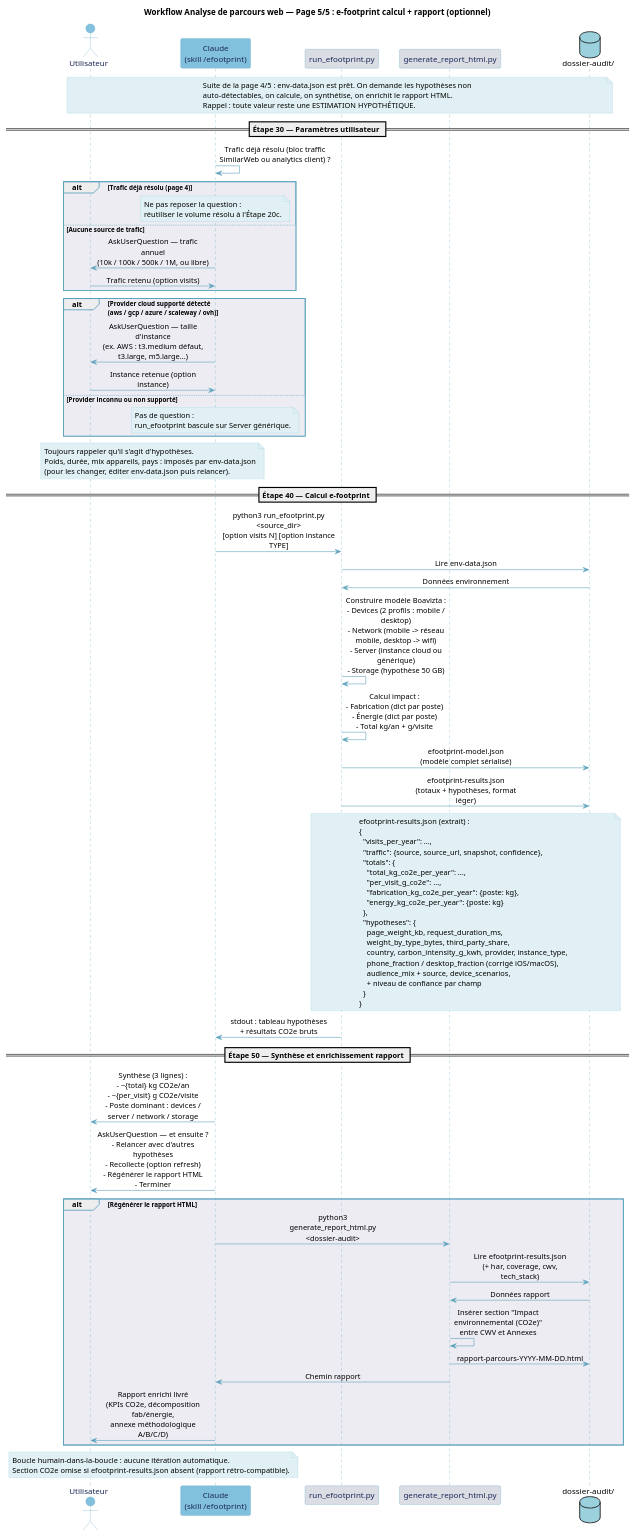
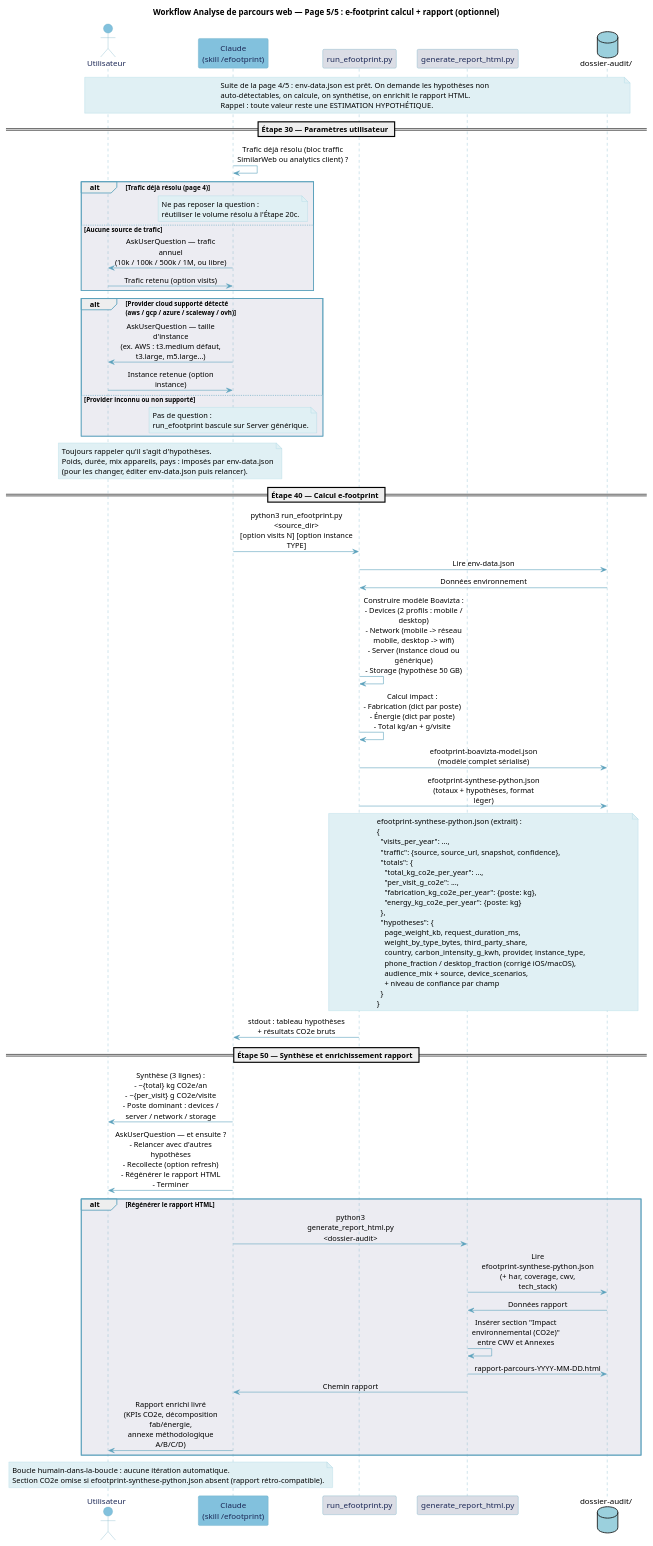
The diagram in documentation/diagramme/analyse-parcours-p5.puml (Boavizta/eroom), drawn with PlantUML before and after one commit. The commit also changed 19 other files, not shown here.

First line of the commit message:
feat(efootprint): diagramme unifie avec hypotheses, synthese CO2e claire, renommage model/results.json

```diff
--- a/documentation/diagramme/analyse-parcours-p5.puml
+++ b/documentation/diagramme/analyse-parcours-p5.puml
@@ -1,119 +1,119 @@
 @startuml analyse-parcours-p5
 title Workflow Analyse de parcours web — Page 5/5 : e-footprint calcul + rapport (optionnel)
 
 skinparam backgroundColor #FFFFFF
 skinparam participant {
   BackgroundColor #E0F0F4
   BorderColor #5BA1BC
   FontColor #1C2856
 }
 skinparam actor {
   BackgroundColor #E0F0F4
   BorderColor #5BA1BC
   FontColor #1C2856
 }
 skinparam ArrowColor #5BA1BC
 skinparam SequenceLifeLineBorderColor #5BA1BC
 skinparam SequenceGroupBodyBackgroundColor #ECECF2
 skinparam SequenceGroupBorderColor #5BA1BC
 skinparam NoteBackgroundColor #E0F0F4
 skinparam NoteBorderColor #9BD0DD
 skinparam sequenceMessageAlign center
 skinparam maxMessageSize 200
 skinparam responseMessageBelowArrow true
 
 actor "Utilisateur" as U #82C1DD
 participant "Claude\n(skill /efootprint)" as C #82C1DD
 participant "run_efootprint.py" as REF #DBDDE5
 participant "generate_report_html.py" as GR #DBDDE5
 database "dossier-audit/" as FS #9BD0DD
 
 note over U, FS
   Suite de la page 4/5 : env-data.json est prêt. On demande les hypothèses non
   auto-détectables, on calcule, on synthétise, on enrichit le rapport HTML.
   Rappel : toute valeur reste une ESTIMATION HYPOTHÉTIQUE.
 end note
 
 == Étape 30 — Paramètres utilisateur ==
 
 C -> C : Trafic déjà résolu (bloc traffic\nSimilarWeb ou analytics client) ?
 
 alt Trafic déjà résolu (page 4)
   note over C : Ne pas reposer la question :\nréutiliser le volume résolu à l'Étape 20c.
 else Aucune source de trafic
   C -> U : AskUserQuestion — trafic annuel\n(10k / 100k / 500k / 1M, ou libre)
   U -> C : Trafic retenu (option visits)
 end
 
 alt Provider cloud supporté détecté\n(aws / gcp / azure / scaleway / ovh)
   C -> U : AskUserQuestion — taille d'instance\n(ex. AWS : t3.medium défaut, t3.large, m5.large...)
   U -> C : Instance retenue (option instance)
 else Provider inconnu ou non supporté
   note over C : Pas de question :\nrun_efootprint bascule sur Server générique.
 end
 
 note over C, U
   Toujours rappeler qu'il s'agit d'hypothèses.
   Poids, durée, mix appareils, pays : imposés par env-data.json
   (pour les changer, éditer env-data.json puis relancer).
 end note
 
 == Étape 40 — Calcul e-footprint ==
 
 C -> REF : python3 run_efootprint.py <source_dir>\n[option visits N] [option instance TYPE]
 REF -> FS : Lire env-data.json
 FS -> REF : Données environnement
 
 REF -> REF : Construire modèle Boavizta :\n- Devices (2 profils : mobile / desktop)\n- Network (mobile -> réseau mobile, desktop -> wifi)\n- Server (instance cloud ou générique)\n- Storage (hypothèse 50 GB)
 
 REF -> REF : Calcul impact :\n- Fabrication (dict par poste)\n- Énergie (dict par poste)\n- Total kg/an + g/visite
 
-REF -> FS : efootprint-model.json\n(modèle complet sérialisé)
-REF -> FS : efootprint-results.json\n(totaux + hypothèses, format léger)
+REF -> FS : efootprint-boavizta-model.json\n(modèle complet sérialisé)
+REF -> FS : efootprint-synthese-python.json\n(totaux + hypothèses, format léger)
 
 note over REF, FS
-  efootprint-results.json (extrait) :
+  efootprint-synthese-python.json (extrait) :
   {
     "visits_per_year": ...,
     "traffic": {source, source_url, snapshot, confidence},
     "totals": {
       "total_kg_co2e_per_year": ...,
       "per_visit_g_co2e": ...,
       "fabrication_kg_co2e_per_year": {poste: kg},
       "energy_kg_co2e_per_year": {poste: kg}
     },
     "hypotheses": {
       page_weight_kb, request_duration_ms,
       weight_by_type_bytes, third_party_share,
       country, carbon_intensity_g_kwh, provider, instance_type,
       phone_fraction / desktop_fraction (corrigé iOS/macOS),
       audience_mix + source, device_scenarios,
       + niveau de confiance par champ
     }
   }
 end note
 
 REF -> C : stdout : tableau hypothèses\n+ résultats CO2e bruts
 
 == Étape 50 — Synthèse et enrichissement rapport ==
 
 C -> U : Synthèse (3 lignes) :\n- ~{total} kg CO2e/an\n- ~{per_visit} g CO2e/visite\n- Poste dominant : devices / server / network / storage
 
 C -> U : AskUserQuestion — et ensuite ?\n- Relancer avec d'autres hypothèses\n- Recollecte (option refresh)\n- Régénérer le rapport HTML\n- Terminer
 
 alt Régénérer le rapport HTML
   C -> GR : python3 generate_report_html.py <dossier-audit>
-  GR -> FS : Lire efootprint-results.json\n(+ har, coverage, cwv, tech_stack)
+  GR -> FS : Lire efootprint-synthese-python.json\n(+ har, coverage, cwv, tech_stack)
   FS -> GR : Données rapport
   GR -> GR : Insérer section "Impact\nenvironnemental (CO2e)"\nentre CWV et Annexes
   GR -> FS : rapport-parcours-YYYY-MM-DD.html
   GR -> C : Chemin rapport
   C -> U : Rapport enrichi livré\n(KPIs CO2e, décomposition fab/énergie,\nannexe méthodologique A/B/C/D)
 end
 
 note over U, C
   Boucle humain-dans-la-boucle : aucune itération automatique.
-  Section CO2e omise si efootprint-results.json absent (rapport rétro-compatible).
+  Section CO2e omise si efootprint-synthese-python.json absent (rapport rétro-compatible).
 end note
 
 @enduml
```
